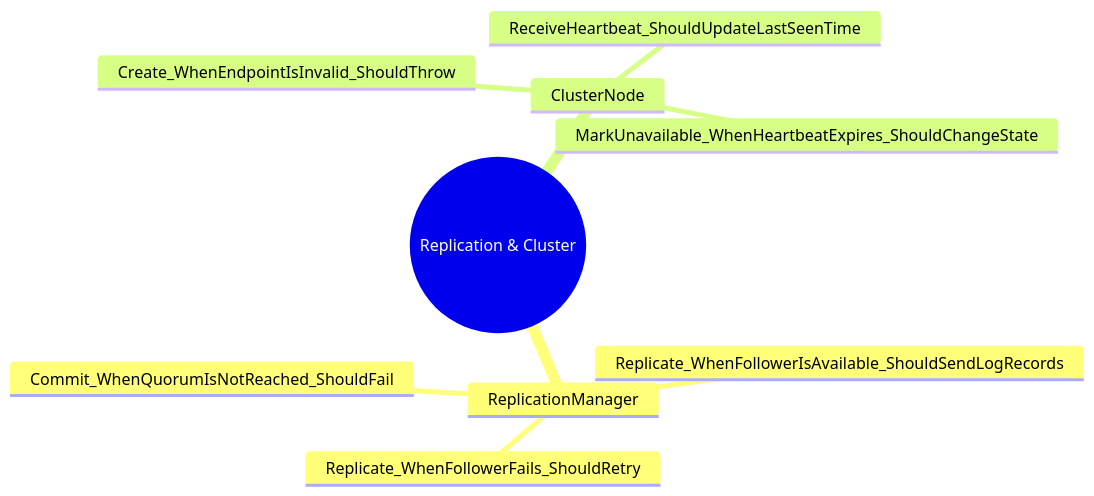
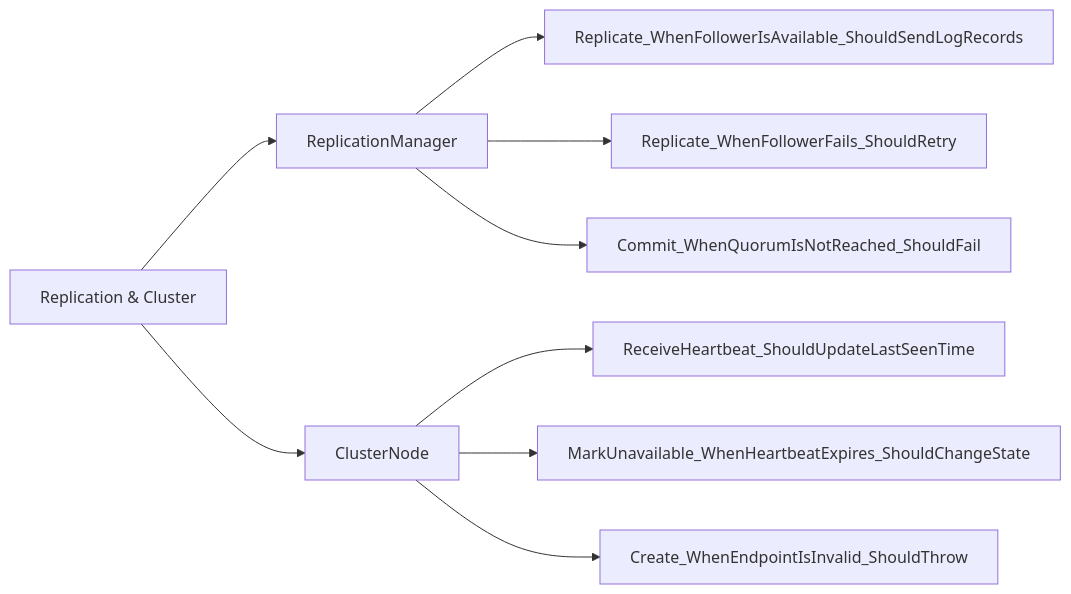
Diagram 18 of 19 in README.md (manaxpow/DBMS), drawn with Mermaid before and after one commit. The commit also changed other lines of this file and 84 other files, not shown here.

````diff
--- a/README.md
+++ b/README.md
@@ -476,12 +530,12 @@
 ```mermaid
-mindmap
-  root((Replication & Cluster))
-    ReplicationManager
-      Replicate_WhenFollowerIsAvailable_ShouldSendLogRecords
-      Replicate_WhenFollowerFails_ShouldRetry
-      Commit_WhenQuorumIsNotReached_ShouldFail
-    ClusterNode
-      ReceiveHeartbeat_ShouldUpdateLastSeenTime
-      MarkUnavailable_WhenHeartbeatExpires_ShouldChangeState
-      Create_WhenEndpointIsInvalid_ShouldThrow
+flowchart LR
+    Subsystem[Replication & Cluster] --> ReplicationManagerClass[ReplicationManager]
+    ReplicationManagerClass --> Replicate_WhenFollowerIsAvailable_ShouldSendLogRecords
+    ReplicationManagerClass --> Replicate_WhenFollowerFails_ShouldRetry
+    ReplicationManagerClass --> Commit_WhenQuorumIsNotReached_ShouldFail
+    
+    Subsystem --> ClusterNode
+    ClusterNode --> ReceiveHeartbeat_ShouldUpdateLastSeenTime
+    ClusterNode --> MarkUnavailable_WhenHeartbeatExpires_ShouldChangeState
+    ClusterNode --> Create_WhenEndpointIsInvalid_ShouldThrow
 ```
````
